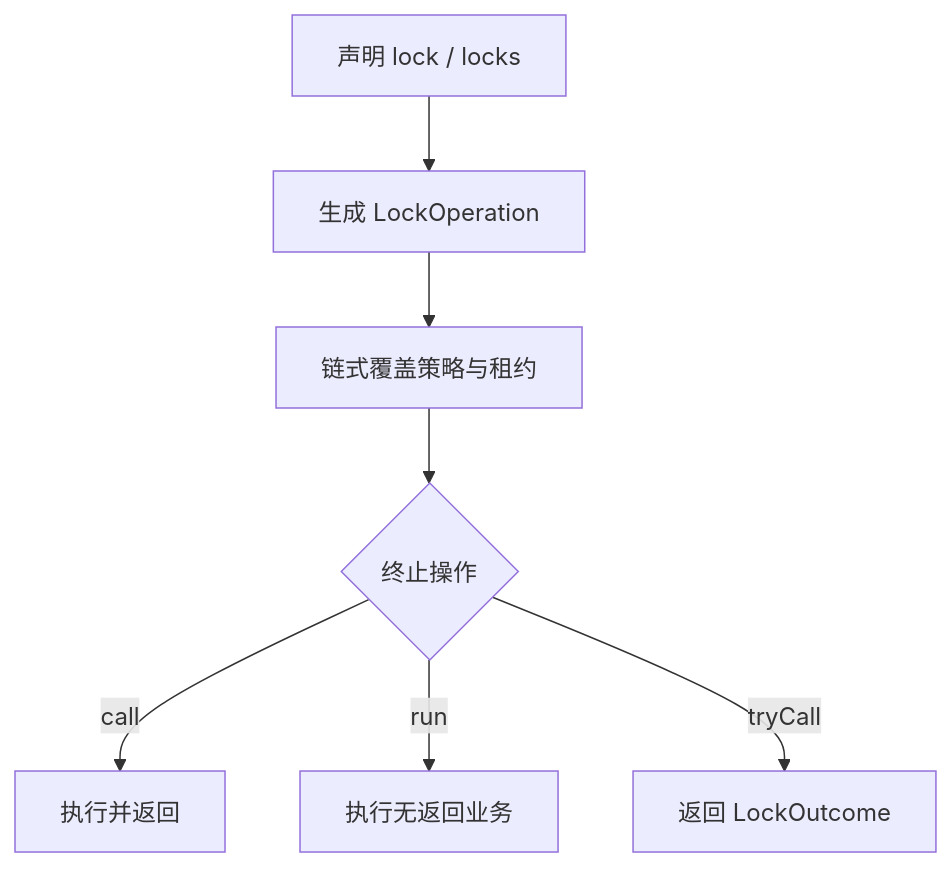
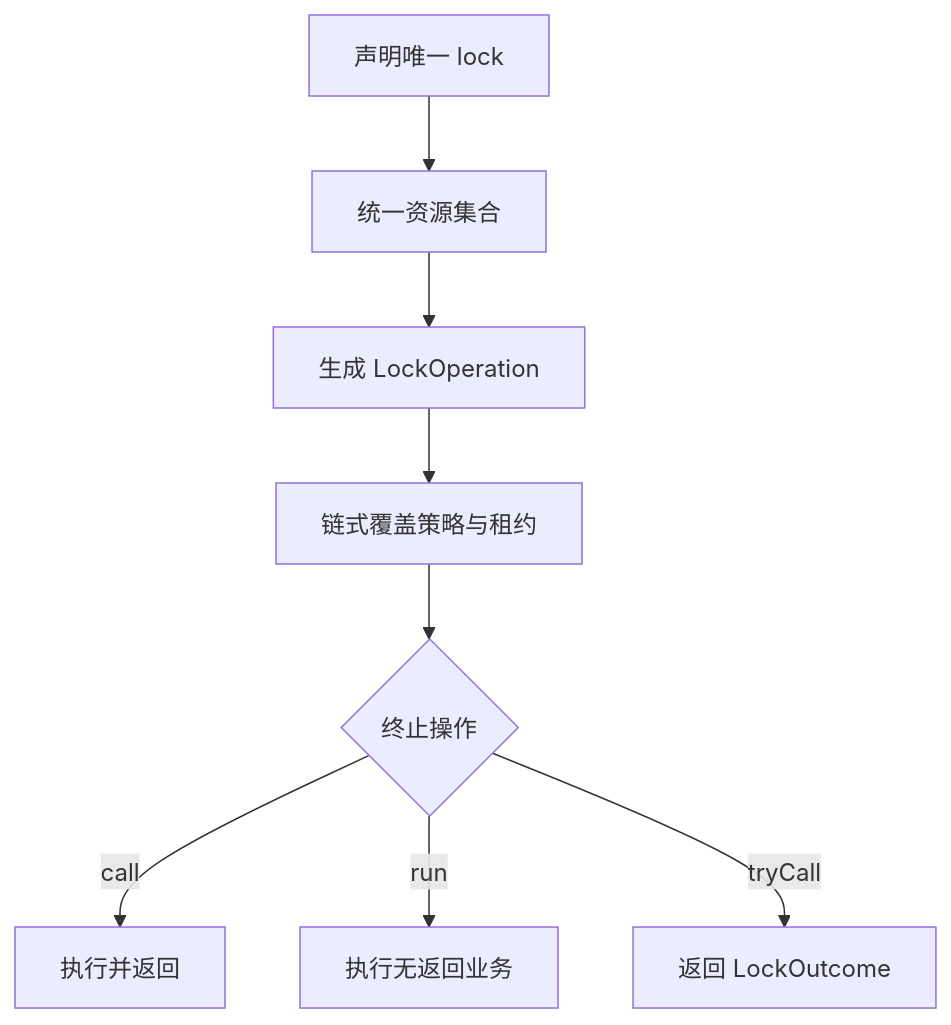
The diagram in document/DOCUMENTATION.md (chenlianxiang/dist-lock), drawn with Mermaid before and after one commit. The commit also changed other lines of this file and 13 other files, not shown here.

````diff
--- a/document/DOCUMENTATION.md
+++ b/document/DOCUMENTATION.md
@@ -15,9 +15,10 @@
 ```mermaid
 flowchart TD
-    A[声明 lock / locks] --> B[生成 LockOperation]
-    B --> C[链式覆盖策略与租约]
-    C --> D{终止操作}
-    D -->|call| E[执行并返回]
-    D -->|run| F[执行无返回业务]
-    D -->|tryCall| G[返回 LockOutcome]
+    A[声明唯一 lock] --> B[统一资源集合]
+    B --> C[生成 LockOperation]
+    C --> D[链式覆盖策略与租约]
+    D --> E{终止操作}
+    E -->|call| F[执行并返回]
+    E -->|run| G[执行无返回业务]
+    E -->|tryCall| H[返回 LockOutcome]
 ```
````
